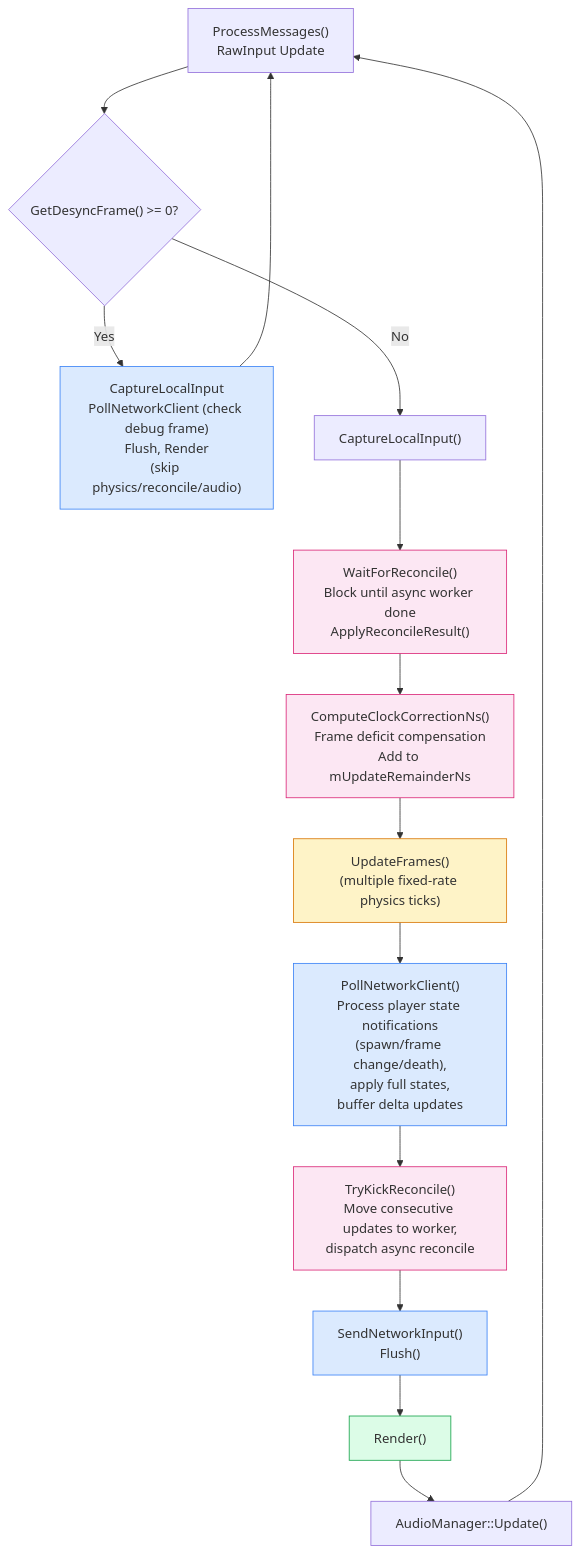
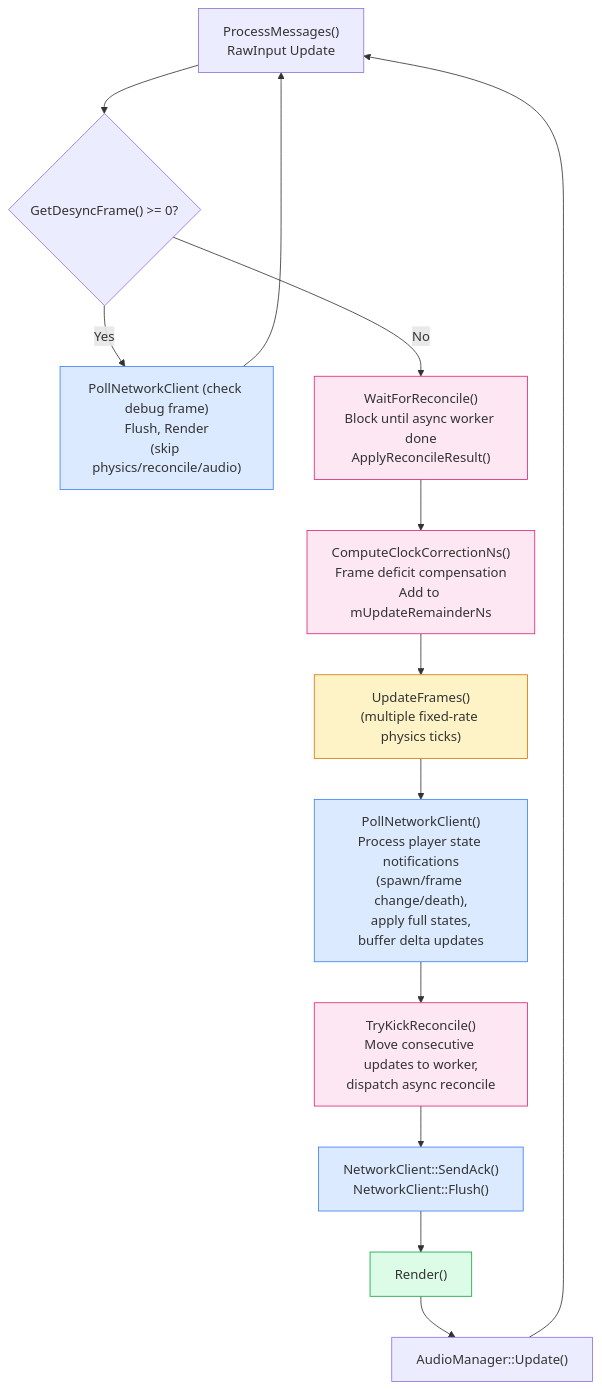
The third of 4 diagrams in Documents/Architecture/GameReconciliation.md (DougTanner/BrokenEnginePublic), drawn with Mermaid before and after one commit. The commit also changed other lines of this file and 222 other files, not shown here.

````diff
--- a/Documents/Architecture/GameReconciliation.md
+++ b/Documents/Architecture/GameReconciliation.md
@@ -71,34 +71,32 @@
 ```mermaid
 %%{init: {'theme': 'default'}}%%
 flowchart TD
     classDef network fill:#dbeafe,stroke:#3b82f6
     classDef physics fill:#fef3c7,stroke:#d97706
     classDef render fill:#dcfce7,stroke:#16a34a
     classDef reconcile fill:#fce7f3,stroke:#db2777
 
     MSG["ProcessMessages()<br/>RawInput Update"] --> DESYNC_CHECK
 
     DESYNC_CHECK{"GetDesyncFrame() >= 0?"}
-    DESYNC_CHECK -->|"Yes"| DEBUG_PATH["CaptureLocalInput<br/>PollNetworkClient (check debug frame)<br/>Flush, Render<br/>(skip physics/reconcile/audio)"]:::network
+    DESYNC_CHECK -->|"Yes"| DEBUG_PATH["PollNetworkClient (check debug frame)<br/>Flush, Render<br/>(skip physics/reconcile/audio)"]:::network
     DEBUG_PATH --> MSG
 
-    DESYNC_CHECK -->|"No"| INPUT["CaptureLocalInput()"]
-
-    INPUT --> WAIT["WaitForReconcile()<br/>Block until async worker done<br/>ApplyReconcileResult()"]:::reconcile
+    DESYNC_CHECK -->|"No"| WAIT["WaitForReconcile()<br/>Block until async worker done<br/>ApplyReconcileResult()"]:::reconcile
 
     WAIT --> CLOCK["ComputeClockCorrectionNs()<br/>Frame deficit compensation<br/>Add to mUpdateRemainderNs"]:::reconcile
 
     CLOCK --> PHYSICS["UpdateFrames()<br/>(multiple fixed-rate physics ticks)"]:::physics
 
     PHYSICS --> POLL["PollNetworkClient()<br/>Process player state notifications<br/>(spawn/frame change/death),<br/>apply full states,<br/>buffer delta updates"]:::network
 
     POLL --> KICK["TryKickReconcile()<br/>Move consecutive updates to worker,<br/>dispatch async reconcile"]:::reconcile
 
-    KICK --> SEND["SendNetworkInput()<br/>Flush()"]:::network
+    KICK --> SEND["NetworkClient::SendAck()<br/>NetworkClient::Flush()"]:::network
 
     SEND --> RENDER["Render()"]:::render
 
     RENDER --> AUDIO["AudioManager::Update()"]
 
     AUDIO --> MSG
 ```
````
